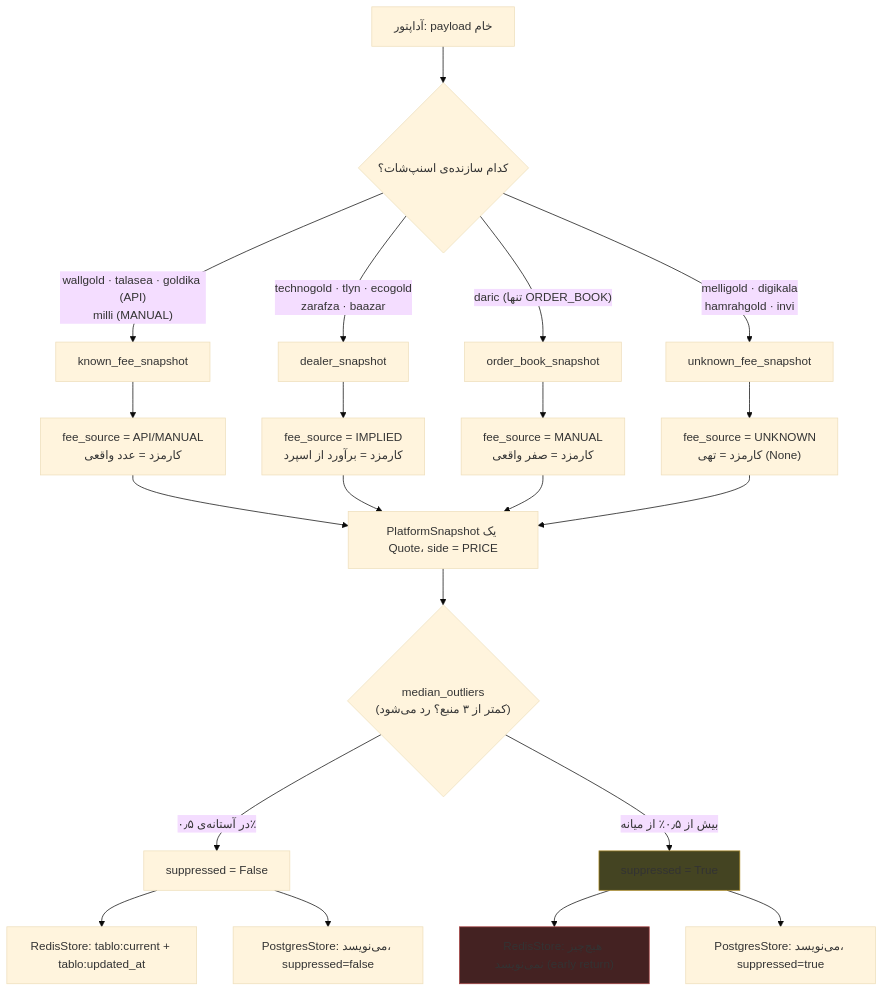
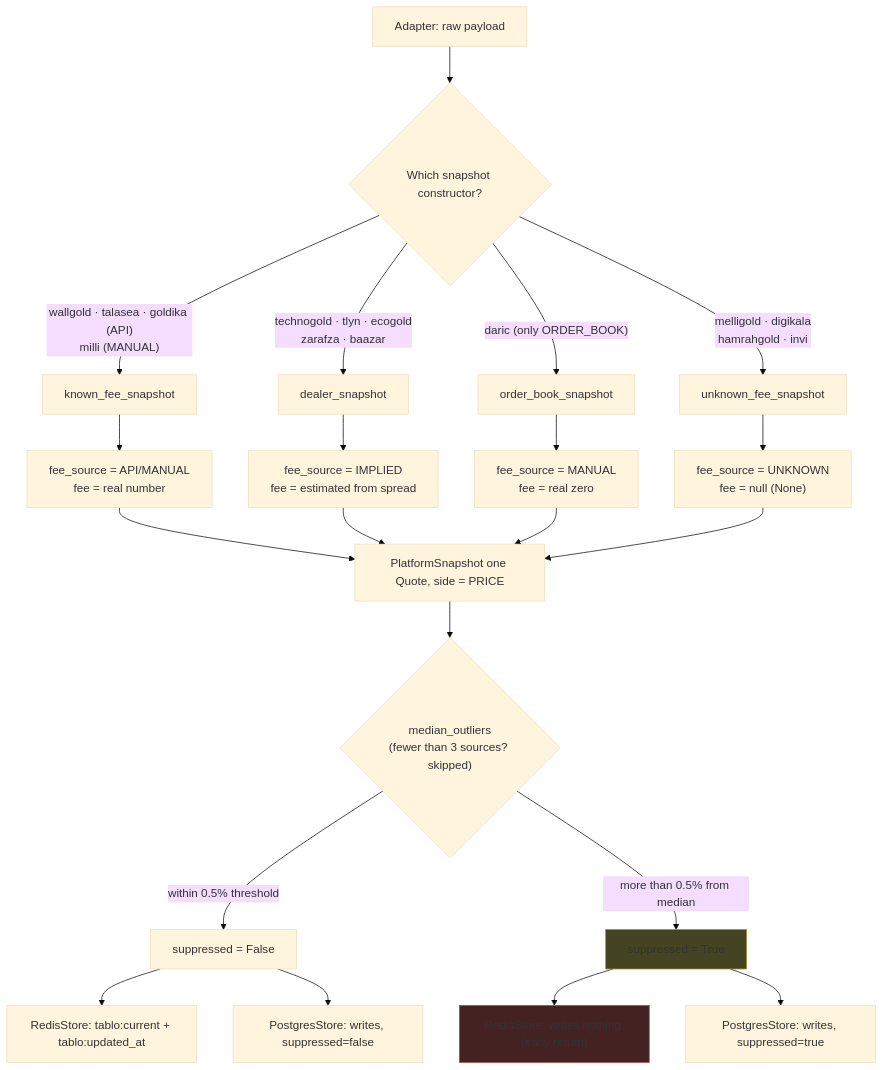
Before and after one commit to smzerehpoush/mazane.online: the diagram in docs/04-domain.md, drawn with Mermaid (base theme). The commit also changed other lines of this file and 175 other files, not shown here.

````diff
--- a/docs/04-domain.md
+++ b/docs/04-domain.md
@@ -272,27 +299,27 @@
 ```mermaid
 flowchart TD
-    A["آداپتور: payload خام"] --> B{"کدام سازنده‌ی اسنپ‌شات؟"}
+    A["Adapter: raw payload"] --> B{"Which snapshot constructor?"}
 
     B -->|"wallgold · talasea · goldika (API)<br/>milli (MANUAL)"| C["known_fee_snapshot"]
     B -->|"technogold · tlyn · ecogold<br/>zarafza · baazar"| D["dealer_snapshot"]
-    B -->|"daric (تنها ORDER_BOOK)"| E["order_book_snapshot"]
+    B -->|"daric (only ORDER_BOOK)"| E["order_book_snapshot"]
     B -->|"melligold · digikala<br/>hamrahgold · invi"| F["unknown_fee_snapshot"]
 
-    C --> G["fee_source = API/MANUAL<br/>کارمزد = عدد واقعی"]
-    D --> H["fee_source = IMPLIED<br/>کارمزد = برآورد از اسپرد"]
-    E --> I["fee_source = MANUAL<br/>کارمزد = صفر واقعی"]
-    F --> J["fee_source = UNKNOWN<br/>کارمزد = تهی (None)"]
+    C --> G["fee_source = API/MANUAL<br/>fee = real number"]
+    D --> H["fee_source = IMPLIED<br/>fee = estimated from spread"]
+    E --> I["fee_source = MANUAL<br/>fee = real zero"]
+    F --> J["fee_source = UNKNOWN<br/>fee = null (None)"]
 
-    G & H & I & J --> K["PlatformSnapshot یک Quote، side = PRICE"]
-    K --> L{"median_outliers<br/>(کمتر از ۳ منبع؟ رد می‌شود)"}
-    L -->|"در آستانه‌ی ۰٫۵٪"| M["suppressed = False"]
-    L -->|"بیش از ۰٫۵٪ از میانه"| N["suppressed = True"]
+    G & H & I & J --> K["PlatformSnapshot one Quote, side = PRICE"]
+    K --> L{"median_outliers<br/>(fewer than 3 sources? skipped)"}
+    L -->|"within 0.5% threshold"| M["suppressed = False"]
+    L -->|"more than 0.5% from median"| N["suppressed = True"]
 
     M --> O["RedisStore: tablo:current + tablo:updated_at"]
-    N --> P["RedisStore: هیچ‌چیز نمی‌نویسد (early return)"]
-    M --> Q["PostgresStore: می‌نویسد، suppressed=false"]
-    N --> R["PostgresStore: می‌نویسد، suppressed=true"]
+    N --> P["RedisStore: writes nothing (early return)"]
+    M --> Q["PostgresStore: writes, suppressed=false"]
+    N --> R["PostgresStore: writes, suppressed=true"]
 
     style N fill:#442,stroke:#a82
     style P fill:#422,stroke:#a44
 ```
````
